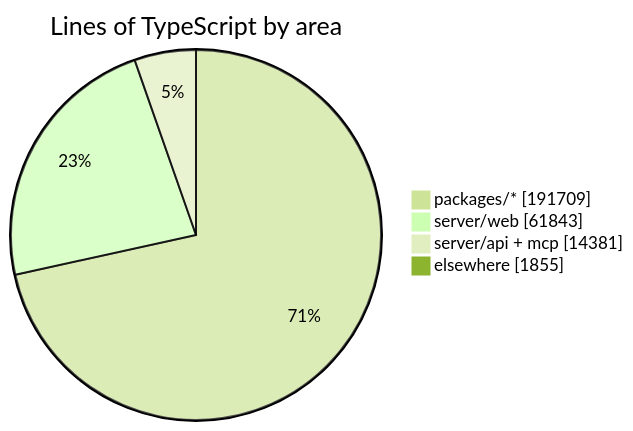
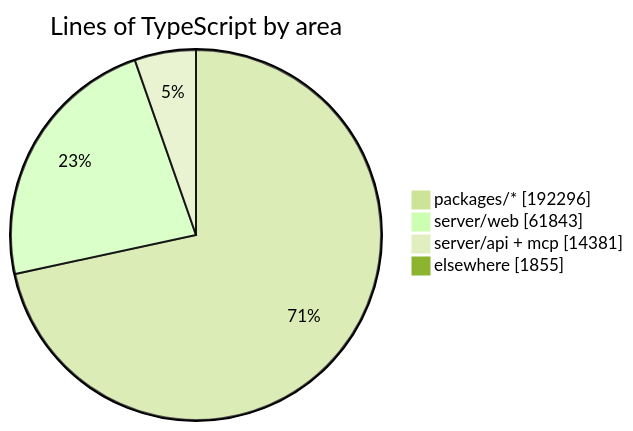
The diagram in README.md (crossworks-engineering/mantle), drawn with Mermaid (forest theme) before and after one commit. The commit also changed other lines of this file and 2 other files, not shown here.

````diff
--- a/README.md
+++ b/README.md
@@ -279,7 +279,7 @@
 ```mermaid
 pie showData title Lines of TypeScript by area
-    "packages/*" : 191709
+    "packages/*" : 192296
     "server/web" : 61843
     "server/api + mcp" : 14381
     "elsewhere" : 1855
 ```
````
